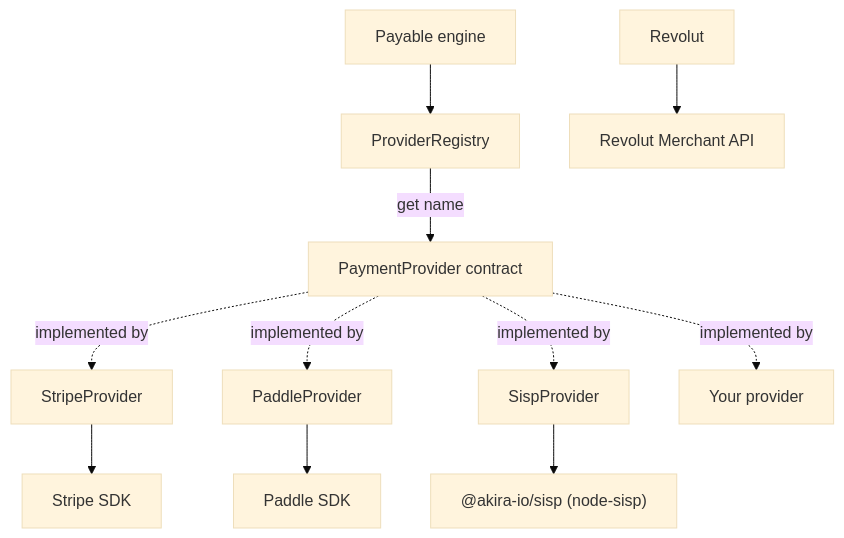
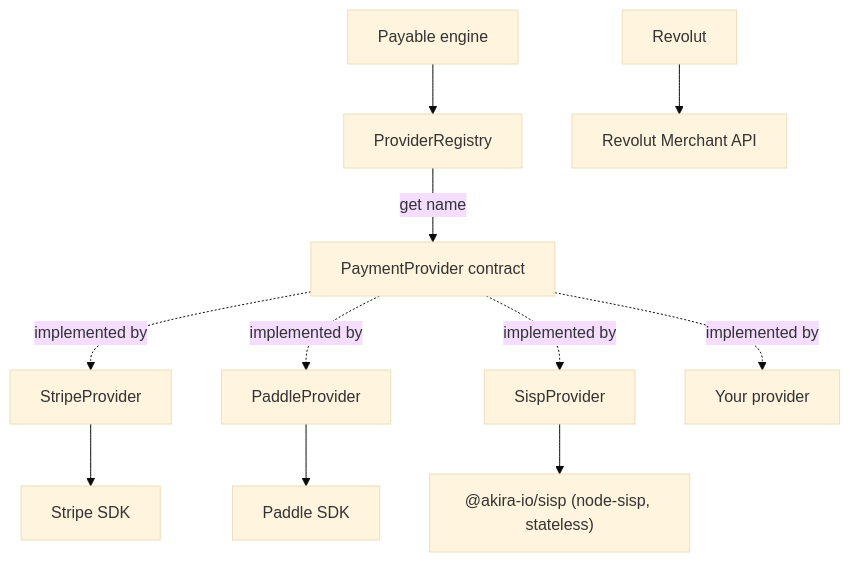
The diagram in _docs_src/integrations/17-providers.md (kidiatoliny/payable-docs), drawn with Mermaid (base theme) before and after one commit. The commit also changed 7 other files, not shown here.

````diff
--- a/_docs_src/integrations/17-providers.md
+++ b/_docs_src/integrations/17-providers.md
@@ -390,13 +390,13 @@
 ```mermaid
 flowchart TD
   Engine[Payable engine] --> Registry[ProviderRegistry]
   Registry -->|get name| Contract[PaymentProvider contract]
   Contract -. implemented by .-> Stripe[StripeProvider]
   Contract -. implemented by .-> Paddle[PaddleProvider]
   Contract -. implemented by .-> Sisp[SispProvider]
   Contract -. implemented by .-> Custom[Your provider]
   Stripe --> StripeAPI[Stripe SDK]
   Paddle --> PaddleAPI[Paddle SDK]
-  Sisp --> SispPkg["@akira-io/sisp (node-sisp)"]
+  Sisp --> SispPkg["@akira-io/sisp (node-sisp, stateless)"]
   Revolut --> RevolutAPI[Revolut Merchant API]
 ```
````
